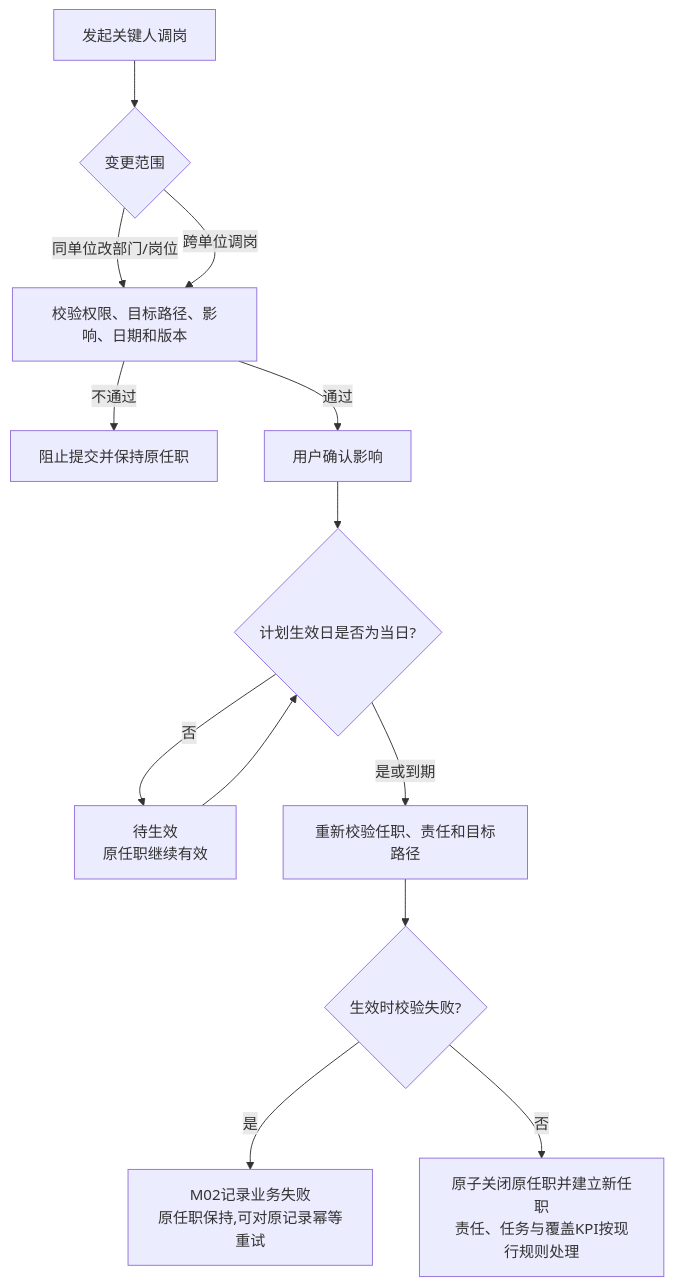
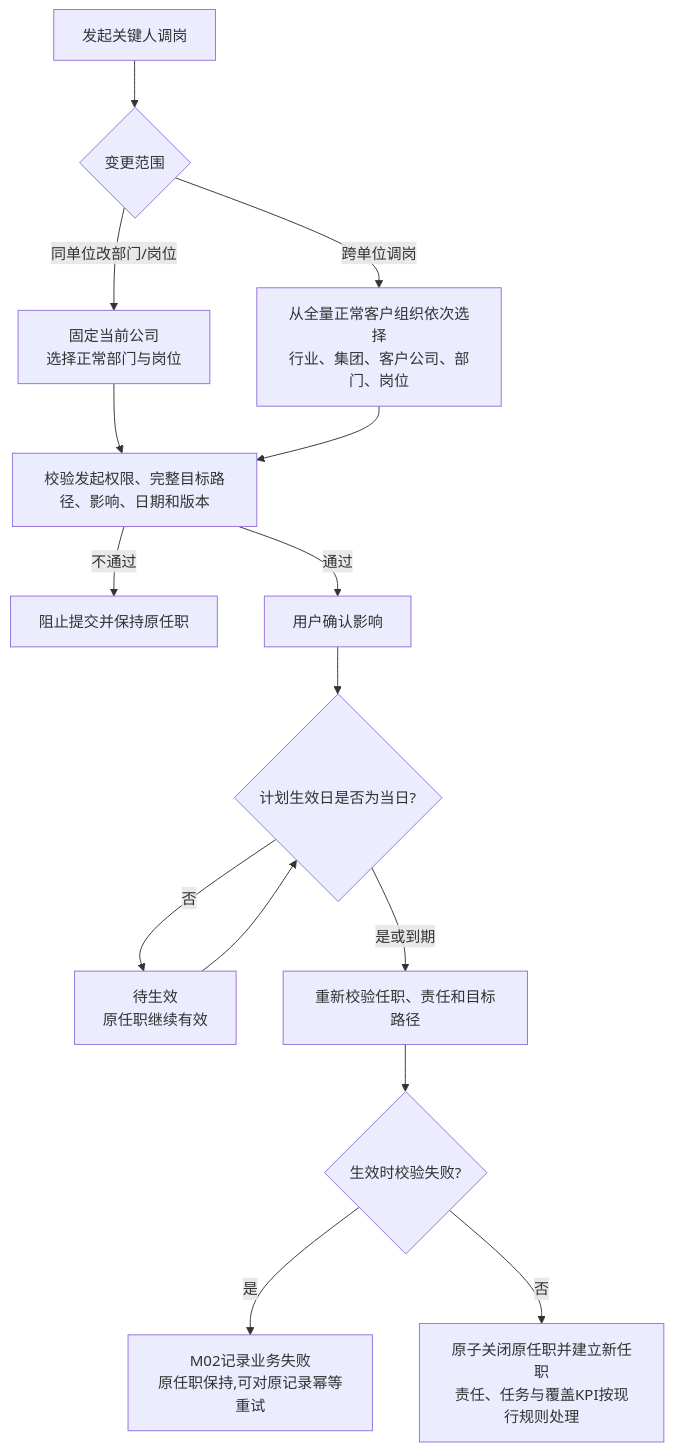
One commit to Joker-1030/Yingjia-Internal-Management-System changed the diagram in prd-workspace/current/user-flows/FLOW-02-M02-key-contact-transfer.md. Above: the diagram before and after it, drawn with Mermaid. The commit also changed other lines of this file and 10 other files, not shown here.

````diff
--- a/prd-workspace/current/user-flows/FLOW-02-M02-key-contact-transfer.md
+++ b/prd-workspace/current/user-flows/FLOW-02-M02-key-contact-transfer.md
@@ -8,15 +8,17 @@
 ```mermaid
 flowchart TD
     A[发起关键人调岗] --> B{变更范围}
-    B -- 同单位改部门/岗位 --> C[校验权限、目标路径、影响、日期和版本]
-    B -- 跨单位调岗 --> C
-    C -- 不通过 --> D[阻止提交并保持原任职]
-    C -- 通过 --> E[用户确认影响]
+    B -- 同单位改部门/岗位 --> C[固定当前公司<br/>选择正常部门与岗位]
+    B -- 跨单位调岗 --> P[从全量正常客户组织依次选择<br/>行业、集团、客户公司、部门、岗位]
+    C --> Q[校验发起权限、完整目标路径、影响、日期和版本]
+    P --> Q
+    Q -- 不通过 --> D[阻止提交并保持原任职]
+    Q -- 通过 --> E[用户确认影响]
     E --> J{计划生效日是否为当日?}
     J -- 否 --> K[待生效<br/>原任职继续有效]
     K --> J
     J -- 是或到期 --> L[重新校验任职、责任和目标路径]
     L --> M{生效时校验失败?}
     M -- 是 --> N[M02记录业务失败<br/>原任职保持,可对原记录幂等重试]
     M -- 否 --> O[原子关闭原任职并建立新任职<br/>责任、任务与覆盖KPI按现行规则处理]
 ```
````
